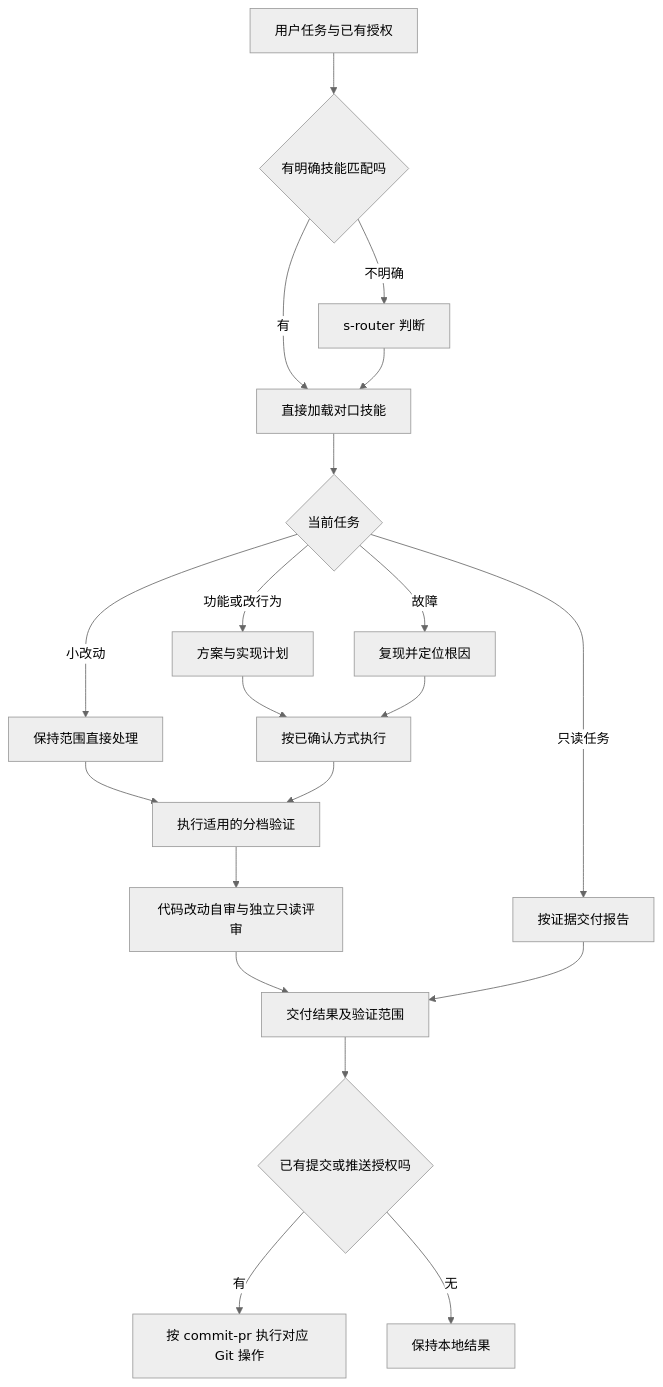
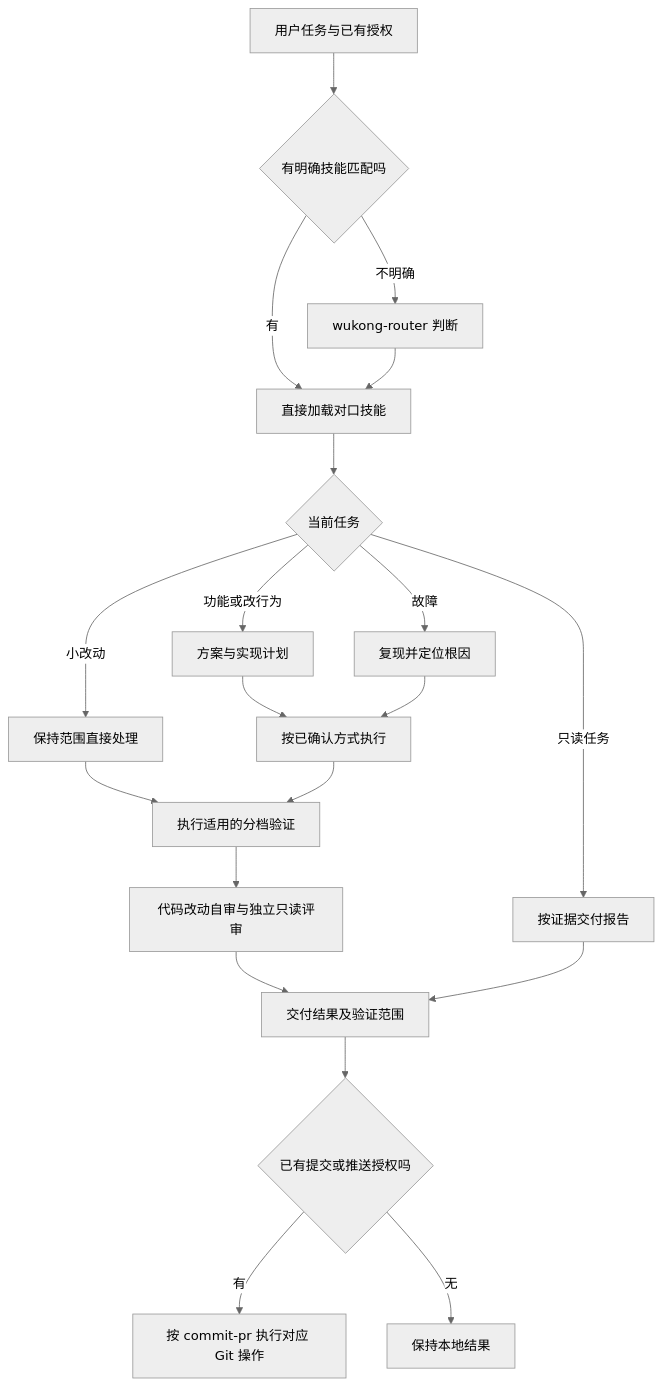
One commit to Acefake/s-skills changed the diagram in docs/architecture.md. Above: the diagram before and after it, drawn with Mermaid (neutral theme). The commit also changed other lines of this file and 942 other files, not shown here.

````diff
--- a/docs/architecture.md
+++ b/docs/architecture.md
@@ -40,21 +40,21 @@
 ```mermaid
 flowchart TD
     Task[用户任务与已有授权] --> Match{有明确技能匹配吗}
     Match -->|有| Skill[直接加载对口技能]
-    Match -->|不明确| Router[s-router 判断] --> Skill
+    Match -->|不明确| Router[wukong-router 判断] --> Skill
     Skill --> Kind{当前任务}
     Kind -->|小改动| Direct[保持范围直接处理]
     Kind -->|功能或改行为| Design[方案与实现计划]
     Kind -->|故障| Debug[复现并定位根因]
     Kind -->|只读任务| Report[按证据交付报告]
     Design --> Run[按已确认方式执行]
     Debug --> Run
     Direct --> Verify[执行适用的分档验证]
     Run --> Verify
     Verify --> Review[代码改动自审与独立只读评审]
     Review --> Done[交付结果及验证范围]
     Report --> Done
     Done --> Git{已有提交或推送授权吗}
     Git -->|有| Publish[按 commit-pr 执行对应 Git 操作]
     Git -->|无| Local[保持本地结果]
 ```
````
